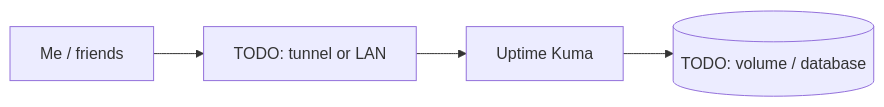
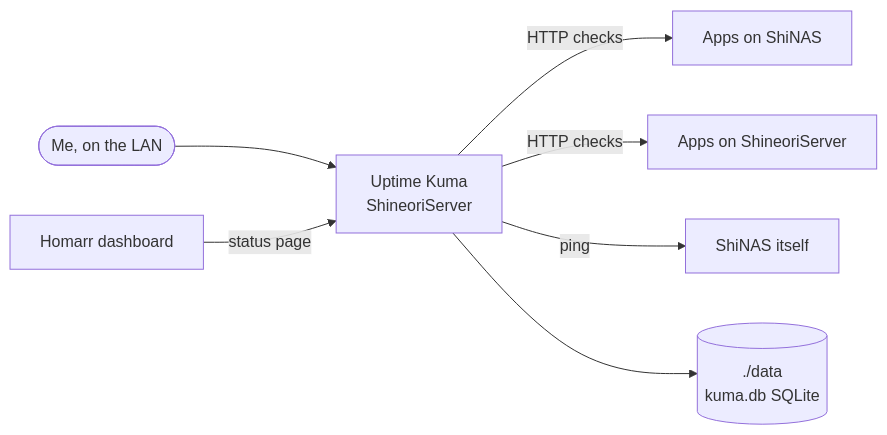
The diagram in docs/services/uptime-kuma.md (Shineori/homelab), drawn with Mermaid before and after one commit. The commit also changed other lines of this file and 4 other files, not shown here.

First line of the commit message:
Fill in the pages for the services that moved to ShineoriServer

````diff
--- a/docs/services/uptime-kuma.md
+++ b/docs/services/uptime-kuma.md
@@ -22,6 +23,9 @@
 ```mermaid
 flowchart LR
-    user[Me / friends] --> entry[TODO: tunnel or LAN]
-    entry --> app[Uptime Kuma]
-    app --> data[(TODO: volume / database)]
+    me([Me, on the LAN]) --> kuma[Uptime Kuma<br/>ShineoriServer]
+    kuma -- HTTP checks --> nas[Apps on ShiNAS]
+    kuma -- HTTP checks --> laptop[Apps on ShineoriServer]
+    kuma -- ping --> host[ShiNAS itself]
+    kuma --> db[(./data<br/>kuma.db SQLite)]
+    homarr[Homarr dashboard] -- status page --> kuma
 ```
````
